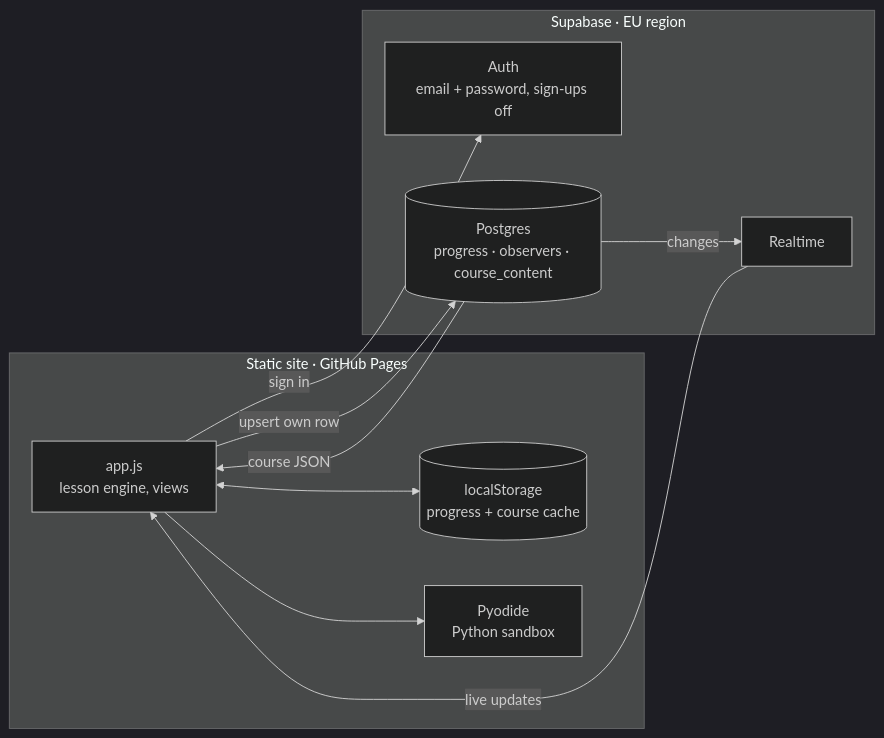
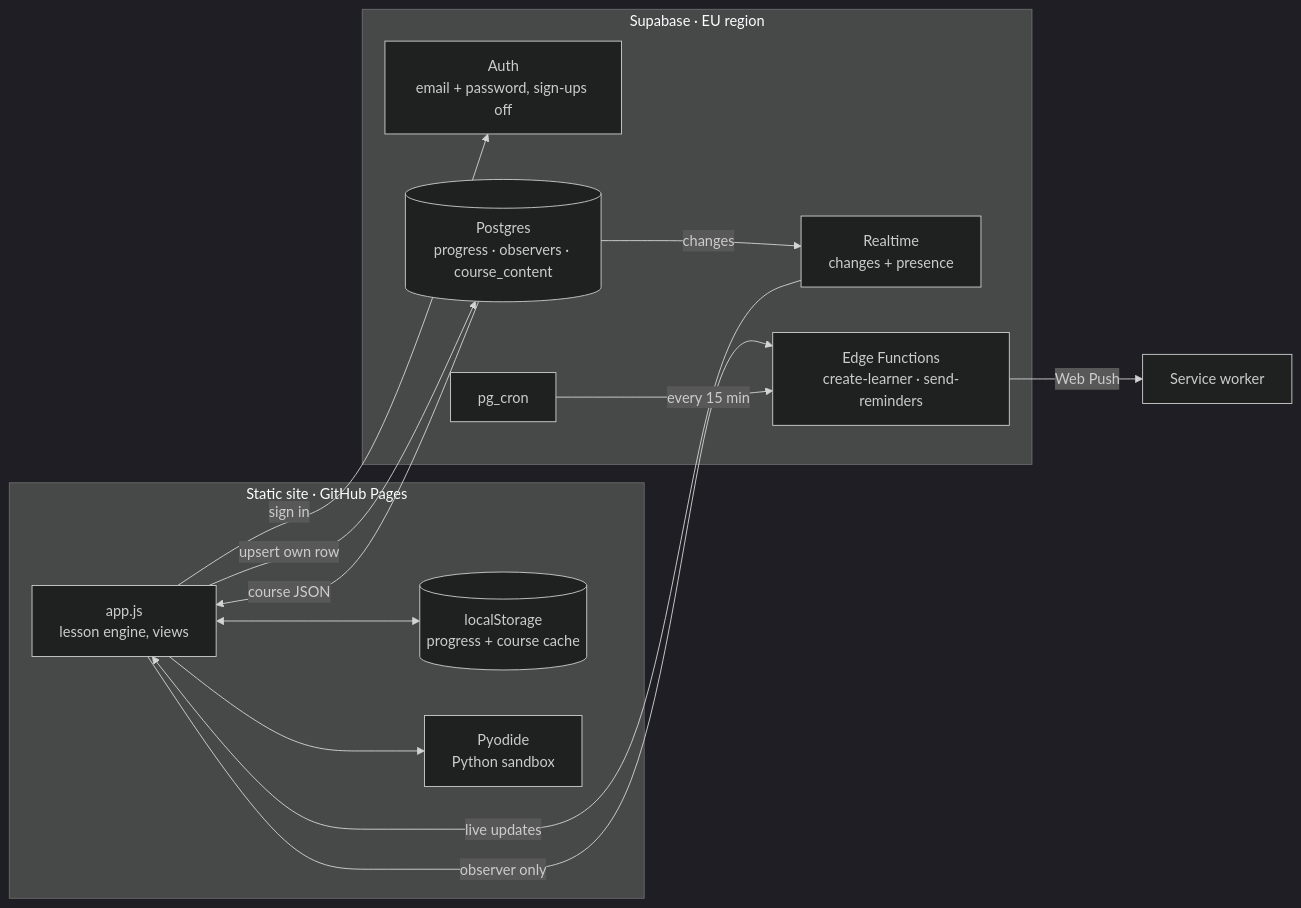
Before and after one commit to RuslanBaatyrbekov/pulse-learning: the diagram in README.md, drawn with Mermaid (dark theme). The commit also changed other lines of this file and 1 other file, not shown here.

Commit message:
docs: features, setup for functions and reminders; ci checks push.sql and sw.js

````diff
--- a/README.md
+++ b/README.md
@@ -46,21 +53,25 @@
 ```mermaid
 flowchart LR
     subgraph Client["Static site · GitHub Pages"]
         UI[app.js<br/>lesson engine, views]
         LS[(localStorage<br/>progress + course cache)]
         PY[Pyodide<br/>Python sandbox]
     end
 
     subgraph Supabase["Supabase · EU region"]
         AUTH[Auth<br/>email + password, sign-ups off]
         PG[(Postgres<br/>progress · observers · course_content)]
-        RT[Realtime]
+        RT[Realtime<br/>changes + presence]
+        FN[Edge Functions<br/>create-learner · send-reminders]
+        CRON[pg_cron]
     end
 
     UI <--> LS
     UI --> PY
     UI -- sign in --> AUTH
     UI -- upsert own row --> PG
     PG -- course JSON --> UI
     PG -- changes --> RT -- live updates --> UI
+    UI -- observer only --> FN
+    CRON -- every 15 min --> FN -- Web Push --> SW[Service worker]
 ```
````
